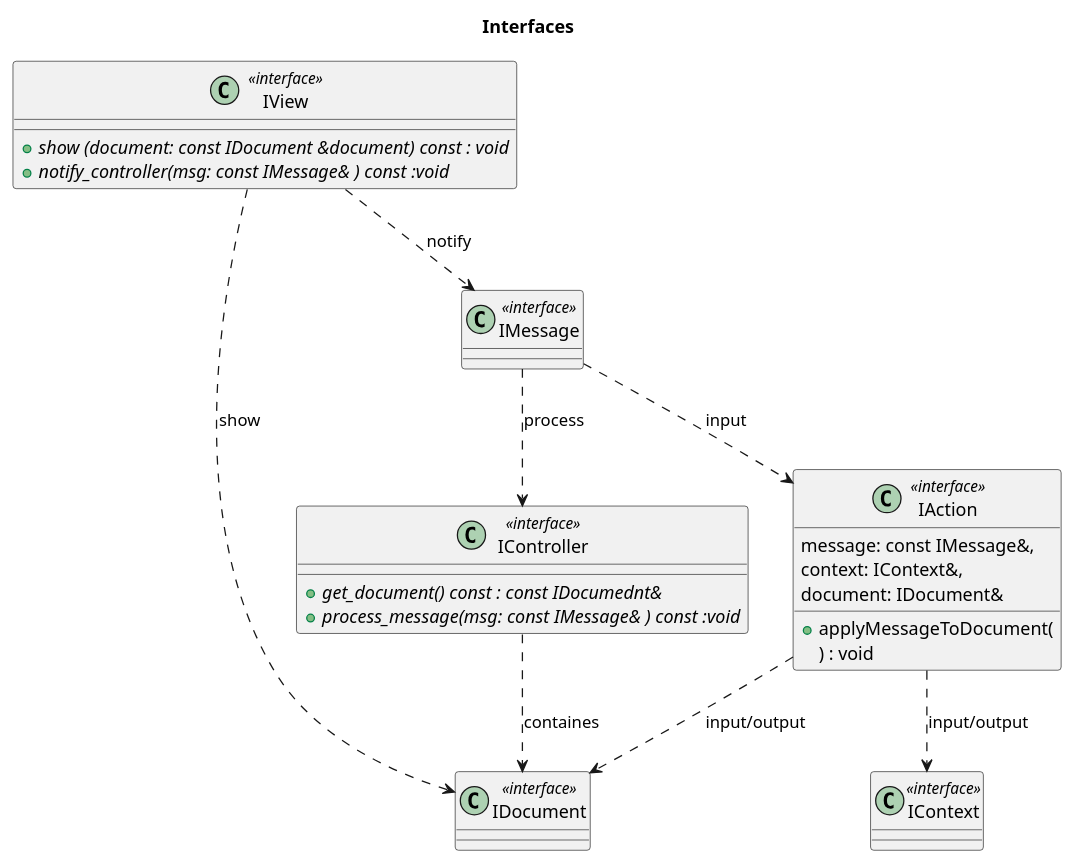
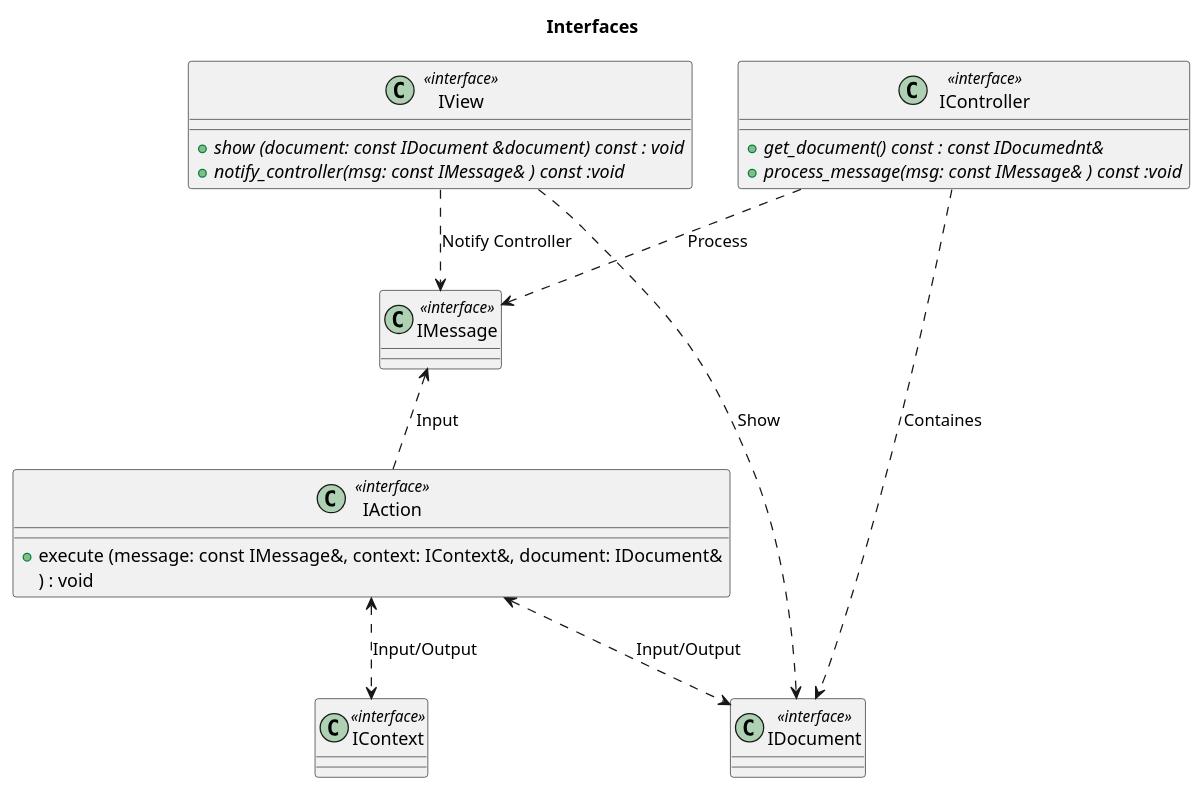
Before and after one commit to CheskisVladimir/otus-2025: the diagram in Editor/plant_uml/interfaces.puml, drawn with PlantUML. The commit also changed 4 other files, not shown here.

Commit message:
new diagrams

```diff
--- a/Editor/plant_uml/interfaces.puml
+++ b/Editor/plant_uml/interfaces.puml
@@ -1,34 +1,33 @@
 @startuml
 title Interfaces
 class IController <<interface>> {
   + {abstract} get_document() const : const IDocumednt&
   + {abstract} process_message(msg: const IMessage& ) const :void 
  }
 
 class IView<<interface>>{
   + {abstract} show (document: const IDocument &document) const : void
   + {abstract} notify_сontroller(msg: const IMessage& ) const :void 
 }
 class IDocument <<interface>>{}
 class IMessage<<interface>>{} 
 class IContext <<interface>>{}
 
 class IAction<<interface>>
 {
-      + applyMessageToDocument(
-    message: const IMessage&,
-    context: IContext&,
-    document: IDocument&
+      + execute (message: const IMessage&, context: IContext&, document: IDocument&
   ) : void
 } 
 
-IMessage ..> IAction : input
-IAction ..> IContext : input/output
-IAction ..> IDocument : input/output
 
-IView ..> IMessage : notify
-IView ..> IDocument : show
-IMessage ..> IController : process
-IController ..> IDocument : containes
+IMessage <.. IAction : Input
+IAction <..> IContext : Input/Output
+IAction <..> IDocument : Input/Output
+
+IView ..> IMessage : Notify Controller
+IView ..> IDocument : Show
+IController ..> IMessage : Process
+IController ..> IDocument : Containes
+
 
 @enduml
```
